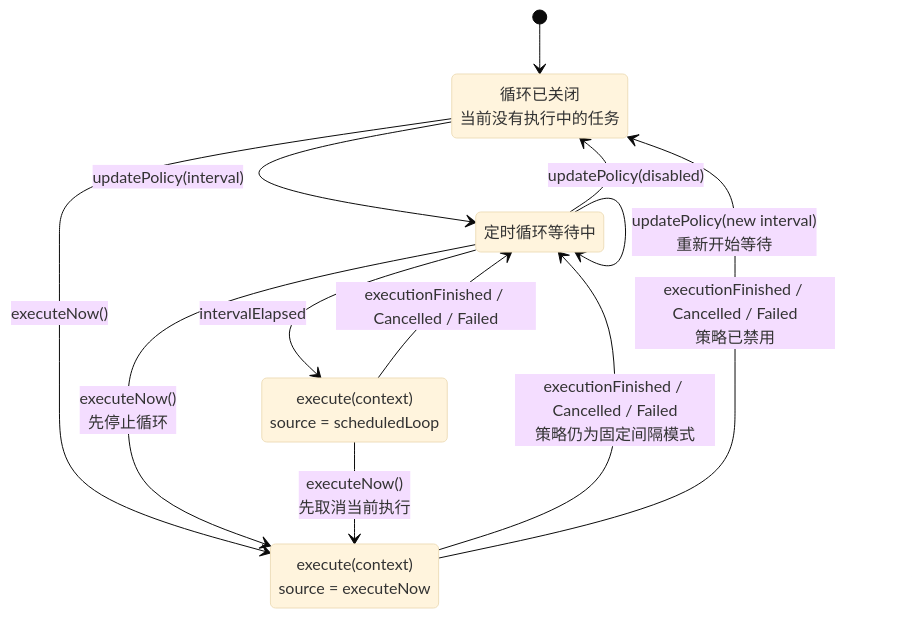
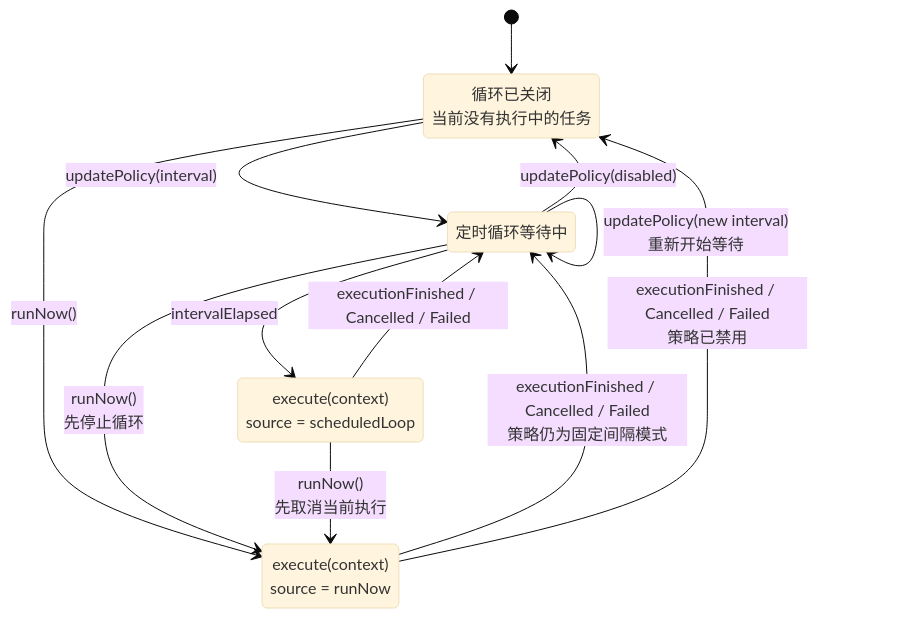
One commit to shensven/swift-sequential-executor changed the first of 2 diagrams in README-zh-CN.md. Above: the diagram before and after it, drawn with Mermaid (base theme). The commit also changed other lines of this file and 5 other files, not shown here.

Commit message:
refactor: rename executeNow() to runNow() for consistency

````diff
--- a/README-zh-CN.md
+++ b/README-zh-CN.md
@@ -143,23 +143,23 @@
 ```mermaid
 stateDiagram-v2
     [*] --> Idle
     Idle: 循环已关闭<br/>当前没有执行中的任务
 
     Idle --> Waiting: updatePolicy(interval)
     Waiting: 定时循环等待中
 
     Waiting --> ScheduledExecution: intervalElapsed
     ScheduledExecution: execute(context)<br/>source = scheduledLoop
     ScheduledExecution --> Waiting: executionFinished / Cancelled / Failed
 
-    Idle --> ImmediateExecution: executeNow()
-    Waiting --> ImmediateExecution: executeNow()<br/>先停止循环
-    ScheduledExecution --> ImmediateExecution: executeNow()<br/>先取消当前执行
+    Idle --> ImmediateExecution: runNow()
+    Waiting --> ImmediateExecution: runNow()<br/>先停止循环
+    ScheduledExecution --> ImmediateExecution: runNow()<br/>先取消当前执行
 
-    ImmediateExecution: execute(context)<br/>source = executeNow
+    ImmediateExecution: execute(context)<br/>source = runNow
     ImmediateExecution --> Waiting: executionFinished / Cancelled / Failed<br/>策略仍为固定间隔模式
     ImmediateExecution --> Idle: executionFinished / Cancelled / Failed<br/>策略已禁用
 
     Waiting --> Idle: updatePolicy(disabled)
     Waiting --> Waiting: updatePolicy(new interval)<br/>重新开始等待
 ```
````
